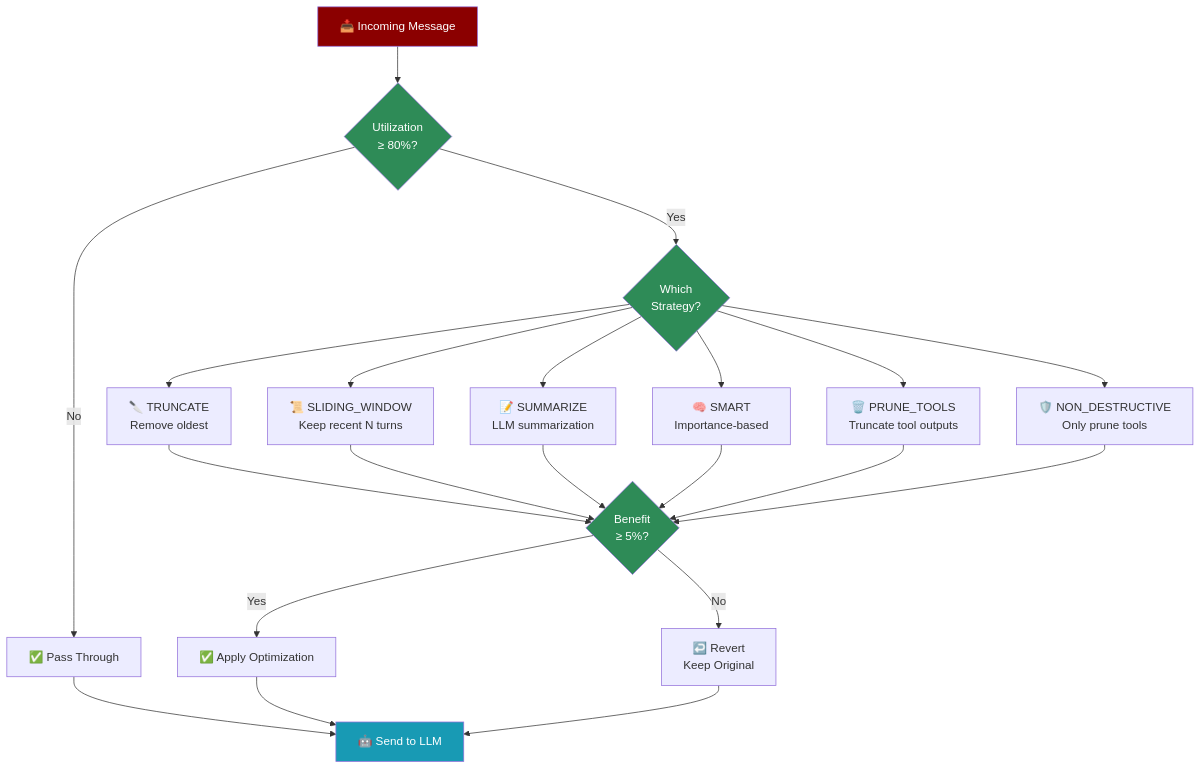
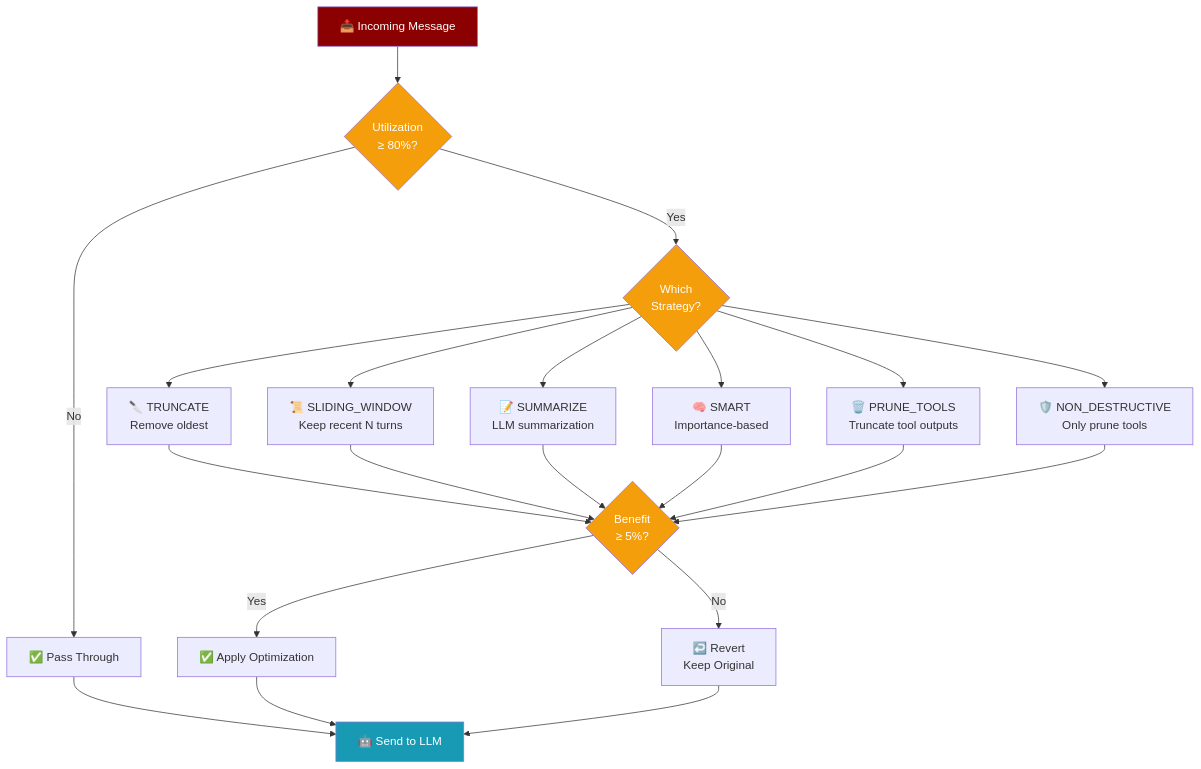
The second of 5 diagrams in docs/features/context-management.mdx (MervinPraison/PraisonAIDocs), drawn with Mermaid before and after one commit. The commit also changed other lines of this file and 10 other files, not shown here.

First line of the commit message:
docs: normalise §3.1 Mermaid palette in features + tools (fixes #1556)

````diff
--- a/docs/features/context-management.mdx
+++ b/docs/features/context-management.mdx
@@ -205,34 +205,34 @@
 ```mermaid
 flowchart TB
     START[📥 Incoming Message] --> CHECK{Utilization<br/>≥ 80%?}
     
     CHECK -->|No| PASS[✅ Pass Through]
     CHECK -->|Yes| STRATEGY{Which<br/>Strategy?}
     
     STRATEGY --> TRUNCATE[🔪 TRUNCATE<br/>Remove oldest]
     STRATEGY --> SLIDING[📜 SLIDING_WINDOW<br/>Keep recent N turns]
     STRATEGY --> SUMMARIZE[📝 SUMMARIZE<br/>LLM summarization]
     STRATEGY --> SMART[🧠 SMART<br/>Importance-based]
     STRATEGY --> PRUNE[🗑️ PRUNE_TOOLS<br/>Truncate tool outputs]
     STRATEGY --> NONDEST[🛡️ NON_DESTRUCTIVE<br/>Only prune tools]
     
     TRUNCATE --> BENEFIT{Benefit<br/>≥ 5%?}
     SLIDING --> BENEFIT
     SUMMARIZE --> BENEFIT
     SMART --> BENEFIT
     PRUNE --> BENEFIT
     NONDEST --> BENEFIT
     
     BENEFIT -->|Yes| APPLY[✅ Apply Optimization]
     BENEFIT -->|No| REVERT[↩️ Revert<br/>Keep Original]
     
     PASS --> LLM[🤖 Send to LLM]
     APPLY --> LLM
     REVERT --> LLM
 
     style START fill:#8B0000,color:#fff
-    style CHECK fill:#2E8B57,color:#fff
-    style STRATEGY fill:#2E8B57,color:#fff
-    style BENEFIT fill:#2E8B57,color:#fff
+    style CHECK fill:#F59E0B,color:#fff
+    style STRATEGY fill:#F59E0B,color:#fff
+    style BENEFIT fill:#F59E0B,color:#fff
     style LLM fill:#189AB4,color:#fff
 ```
````
